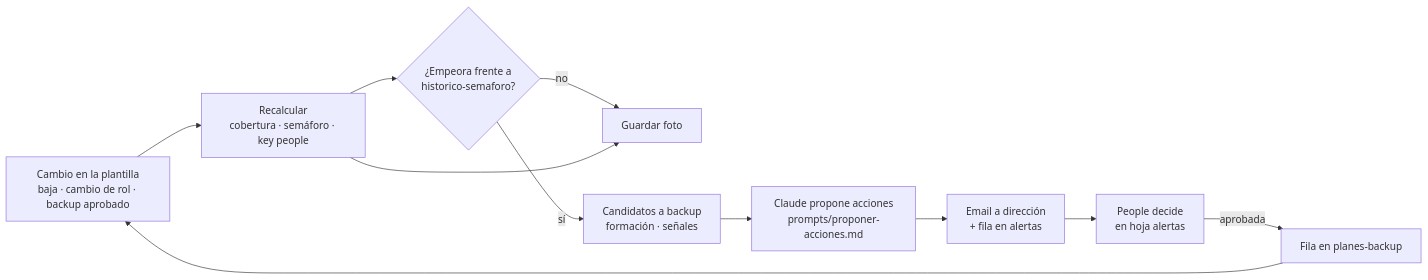
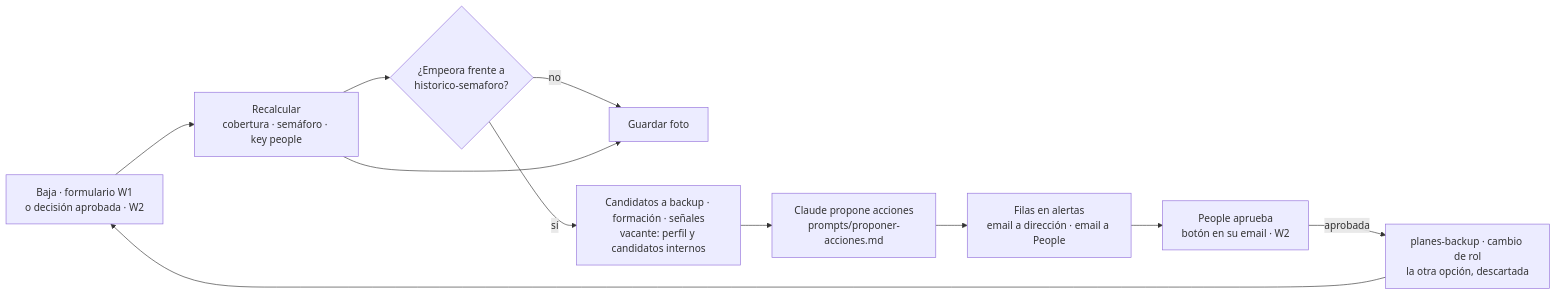
Before and after one commit to andfermen/People-OS-ACME: the diagram in docs/arquitectura.md, drawn with Mermaid. The commit also changed other lines of this file and 8 other files, not shown here.

````diff
--- a/docs/arquitectura.md
+++ b/docs/arquitectura.md
@@ -20,13 +20,13 @@
 ```mermaid
 flowchart LR
-  A[Cambio en la plantilla<br/>baja · cambio de rol · backup aprobado] --> B[Recalcular<br/>cobertura · semáforo · key people]
+  A[Baja · formulario W1<br/>o decisión aprobada · W2] --> B[Recalcular<br/>cobertura · semáforo · key people]
   B --> C{¿Empeora frente a<br/>historico-semaforo?}
   C -- no --> H[Guardar foto]
-  C -- sí --> D[Candidatos a backup<br/>formación · señales]
+  C -- sí --> D[Candidatos a backup · formación · señales<br/>vacante: perfil y candidatos internos]
   D --> E[Claude propone acciones<br/>prompts/proponer-acciones.md]
-  E --> F[Email a dirección<br/>+ fila en alertas]
-  F --> G[People decide<br/>en hoja alertas]
-  G -- aprobada --> P[Fila en planes-backup]
+  E --> F[Filas en alertas<br/>email a dirección · email a People]
+  F --> G[People aprueba<br/>botón en su email · W2]
+  G -- aprobada --> P[planes-backup · cambio de rol<br/>la otra opción, descartada]
   P --> A
   B --> H
 ```
````
